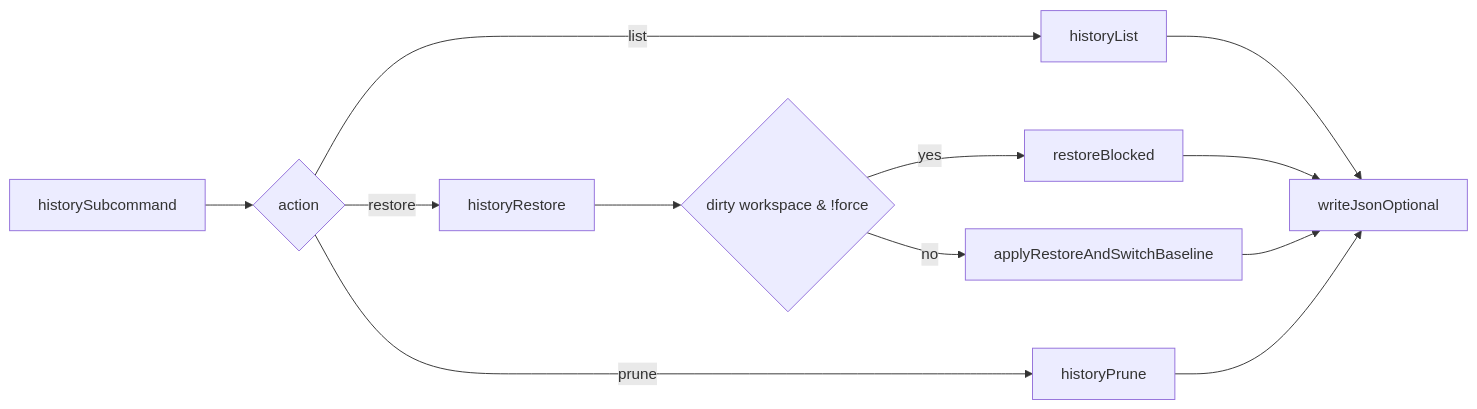
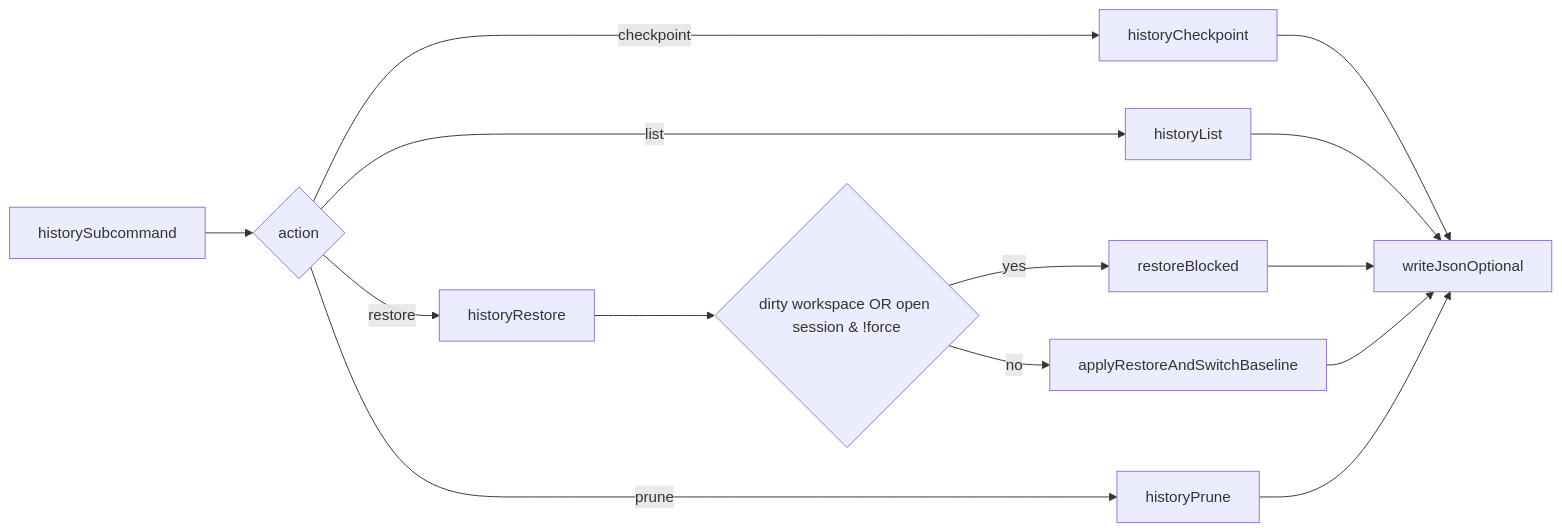
The fifth of 6 diagrams in iwp_build/ARCHITECTURE.md (InstructWare/iwp-tools), drawn with Mermaid before and after one commit. The commit also changed other lines of this file and 29 other files, not shown here.

````diff
--- a/iwp_build/ARCHITECTURE.md
+++ b/iwp_build/ARCHITECTURE.md
@@ -169,14 +171,16 @@
 ```mermaid
 flowchart LR
   histCli[historySubcommand] --> histPick{action}
+  histPick -->|checkpoint| histCheckpoint[historyCheckpoint]
   histPick -->|list| histList[historyList]
   histPick -->|restore| histRestore[historyRestore]
   histPick -->|prune| histPrune[historyPrune]
-  histRestore --> histGate{dirty workspace & !force}
+  histRestore --> histGate{dirty workspace OR open session & !force}
   histGate -->|yes| histBlocked[restoreBlocked]
   histGate -->|no| histApply[applyRestoreAndSwitchBaseline]
+  histCheckpoint --> histJson
   histList --> histJson[writeJsonOptional]
   histBlocked --> histJson
   histApply --> histJson
   histPrune --> histJson
 ```
````
